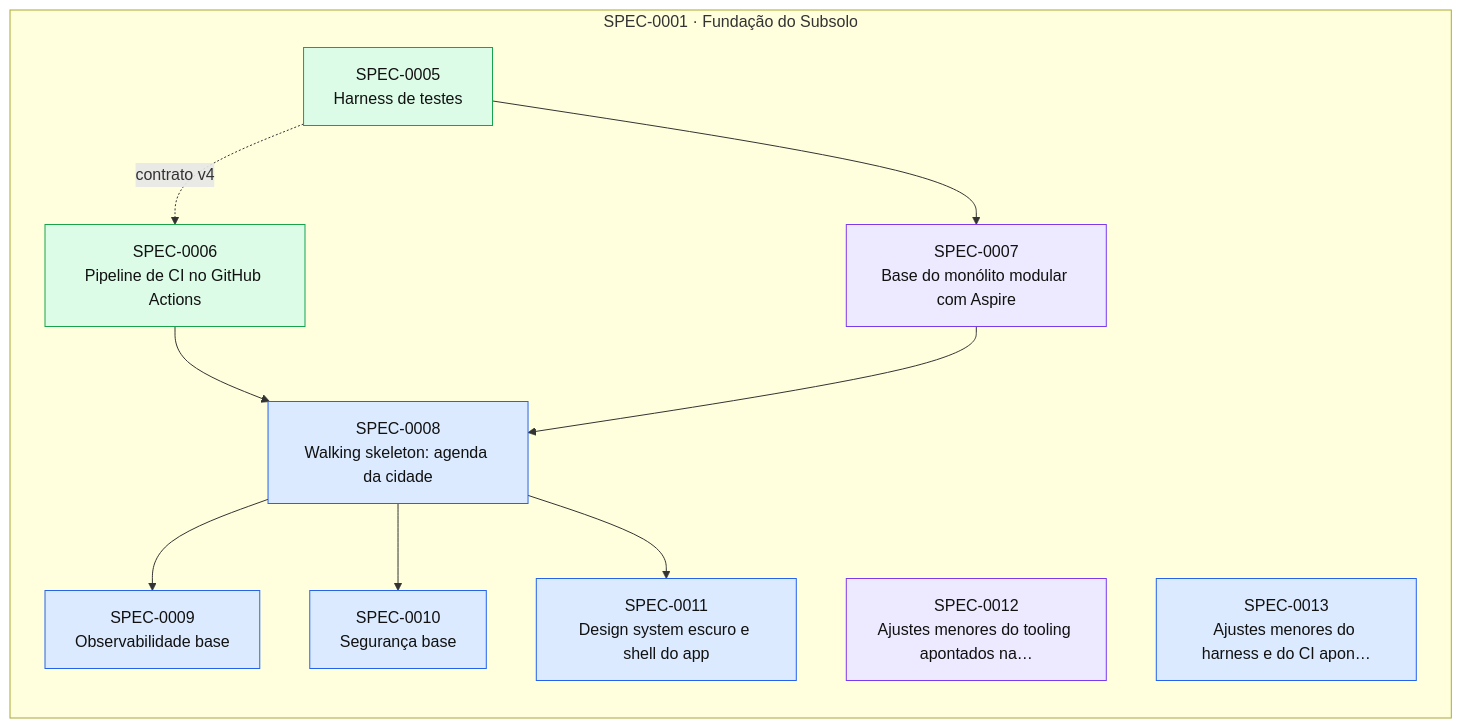
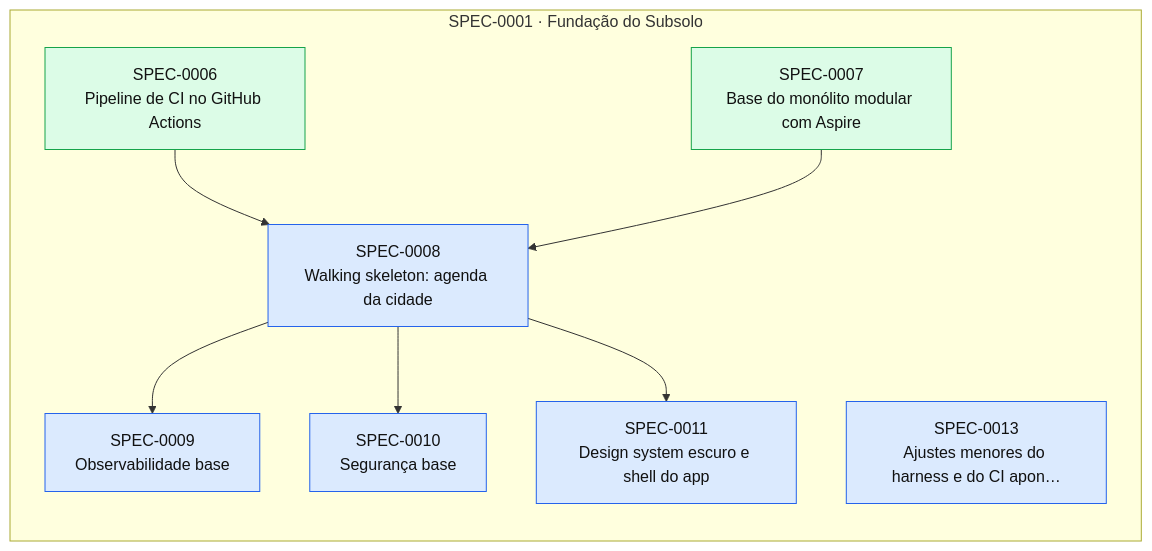
Before and after one commit to thomasravache/subsolo: the diagram in docs/specs/INDEX.md, drawn with Mermaid. The commit also changed other lines of this file and 2 other files, not shown here.

First line of the commit message:
docs(sdd): mark SPEC-0007 and SPEC-0012 implemented

````diff
--- a/docs/specs/INDEX.md
+++ b/docs/specs/INDEX.md
@@ -67,26 +65,22 @@
 ```mermaid
 flowchart LR
   subgraph E0001["SPEC-0001 · Fundação do Subsolo"]
-    S0005["SPEC-0005<br/>Harness de testes"]:::implemented
     S0006["SPEC-0006<br/>Pipeline de CI no GitHub Actions"]:::implemented
-    S0007["SPEC-0007<br/>Base do monólito modular com Aspire"]:::inprogress
+    S0007["SPEC-0007<br/>Base do monólito modular com Aspire"]:::implemented
     S0008["SPEC-0008<br/>Walking skeleton: agenda da cidade"]:::approved
     S0009["SPEC-0009<br/>Observabilidade base"]:::approved
     S0010["SPEC-0010<br/>Segurança base"]:::approved
     S0011["SPEC-0011<br/>Design system escuro e shell do app"]:::approved
-    S0012["SPEC-0012<br/>Ajustes menores do tooling apontados na…"]:::inprogress
     S0013["SPEC-0013<br/>Ajustes menores do harness e do CI apon…"]:::approved
   end
-  S0005 -. contrato v4 .-> S0006
-  S0005 --> S0007
   S0006 --> S0008
   S0007 --> S0008
   S0008 --> S0009
   S0008 --> S0010
   S0008 --> S0011
   classDef proposed fill:#fef3c7,stroke:#d97706,color:#111
   classDef approved fill:#dbeafe,stroke:#2563eb,color:#111
   classDef inprogress fill:#ede9fe,stroke:#7c3aed,color:#111
   classDef implemented fill:#dcfce7,stroke:#16a34a,color:#111
   classDef deprecated fill:#f3f4f6,stroke:#9ca3af,color:#6b7280
 ```
````
